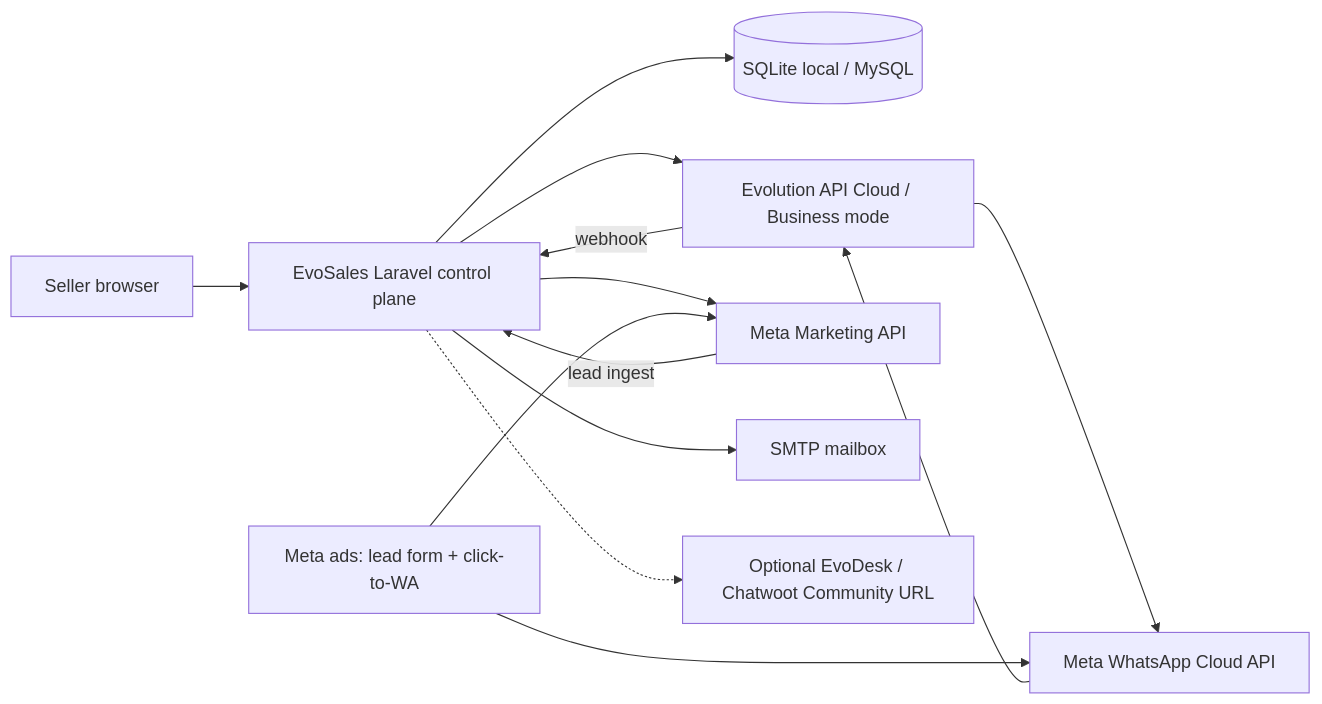
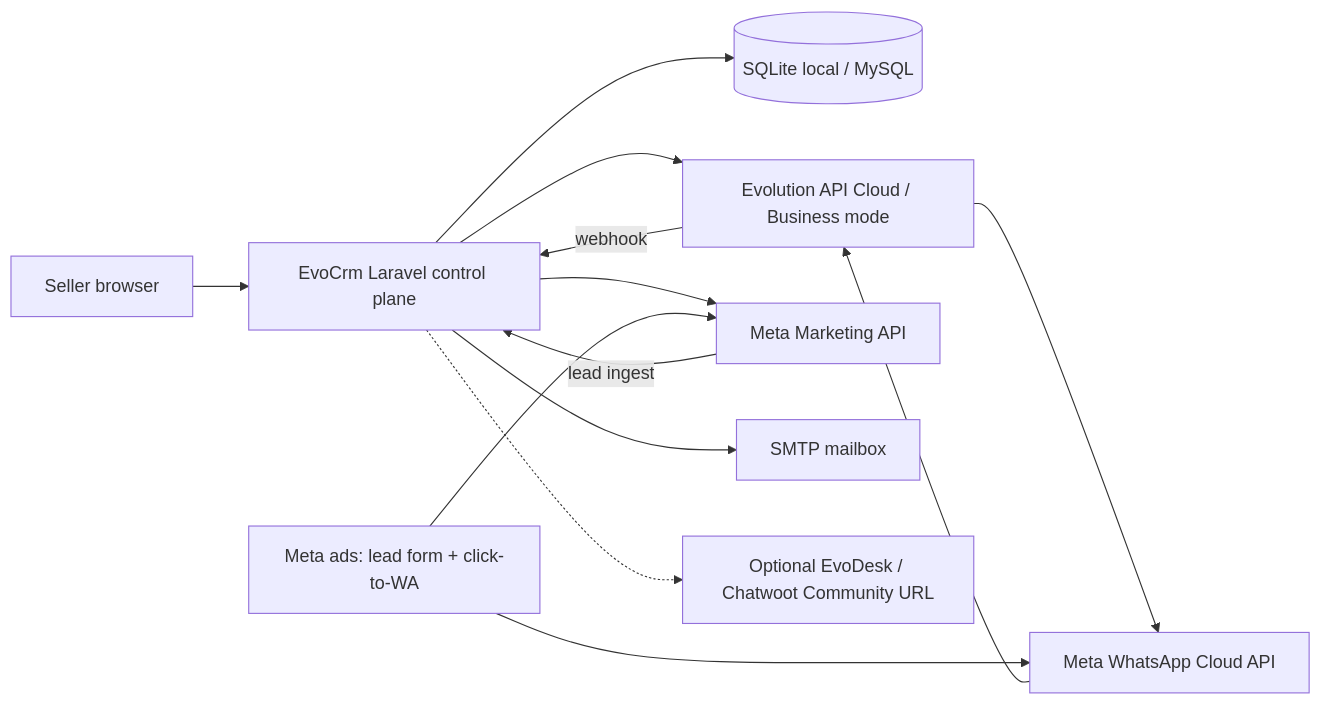
The first of 2 diagrams in docs/ARCHITECTURE.md (Ayabeg/EvoCrm), drawn with Mermaid before and after one commit. The commit also changed other lines of this file and 6 other files, not shown here.

First line of the commit message:
chore: product-facing strings say EvoCrm (#175)

````diff
--- a/docs/ARCHITECTURE.md
+++ b/docs/ARCHITECTURE.md
@@ -20,15 +20,15 @@
 ```mermaid
 flowchart LR
-    Seller[Seller browser] --> EvoSales[EvoSales Laravel control plane]
-    EvoSales --> DB[(SQLite local / MySQL)]
-    EvoSales --> Evolution[Evolution API Cloud / Business mode]
+    Seller[Seller browser] --> EvoCrm[EvoCrm Laravel control plane]
+    EvoCrm --> DB[(SQLite local / MySQL)]
+    EvoCrm --> Evolution[Evolution API Cloud / Business mode]
     Evolution --> MetaWA[Meta WhatsApp Cloud API]
-    EvoSales --> MetaAds[Meta Marketing API]
-    EvoSales --> SMTP[SMTP mailbox]
-    EvoSales -.-> EvoDesk[Optional EvoDesk / Chatwoot Community URL]
+    EvoCrm --> MetaAds[Meta Marketing API]
+    EvoCrm --> SMTP[SMTP mailbox]
+    EvoCrm -.-> EvoDesk[Optional EvoDesk / Chatwoot Community URL]
     Ads[Meta ads: lead form + click-to-WA] --> MetaAds
     Ads --> MetaWA
     MetaWA --> Evolution
-    Evolution -->|webhook| EvoSales
-    MetaAds -->|lead ingest| EvoSales
+    Evolution -->|webhook| EvoCrm
+    MetaAds -->|lead ingest| EvoCrm
 ```
````
